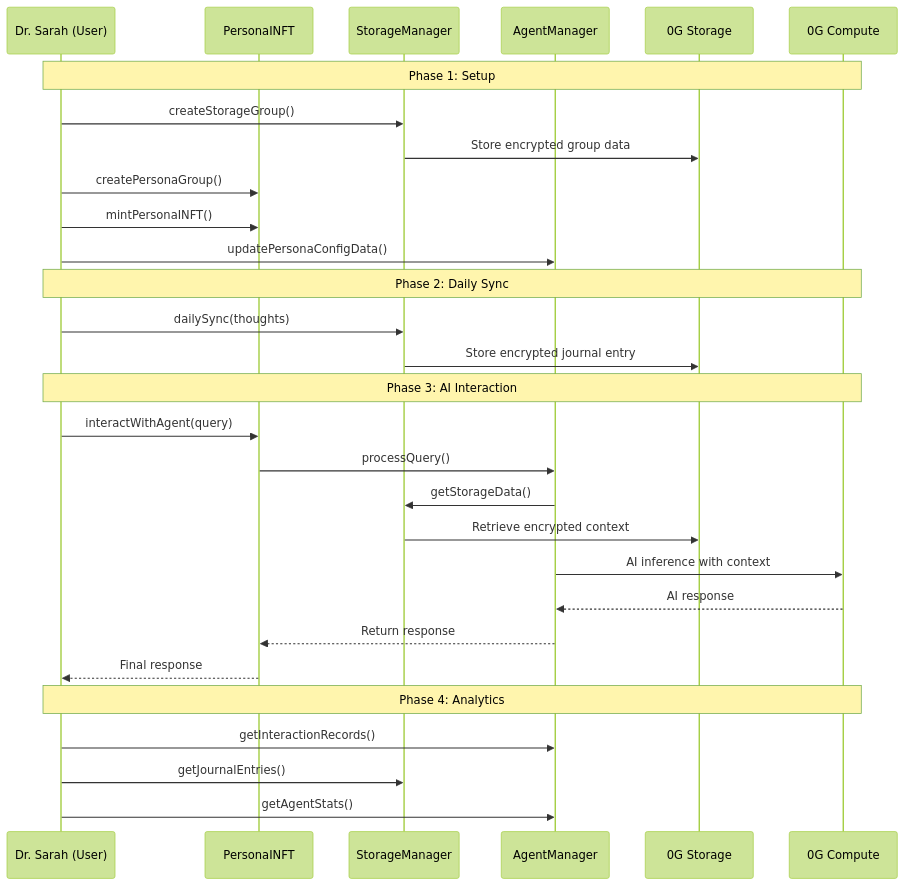
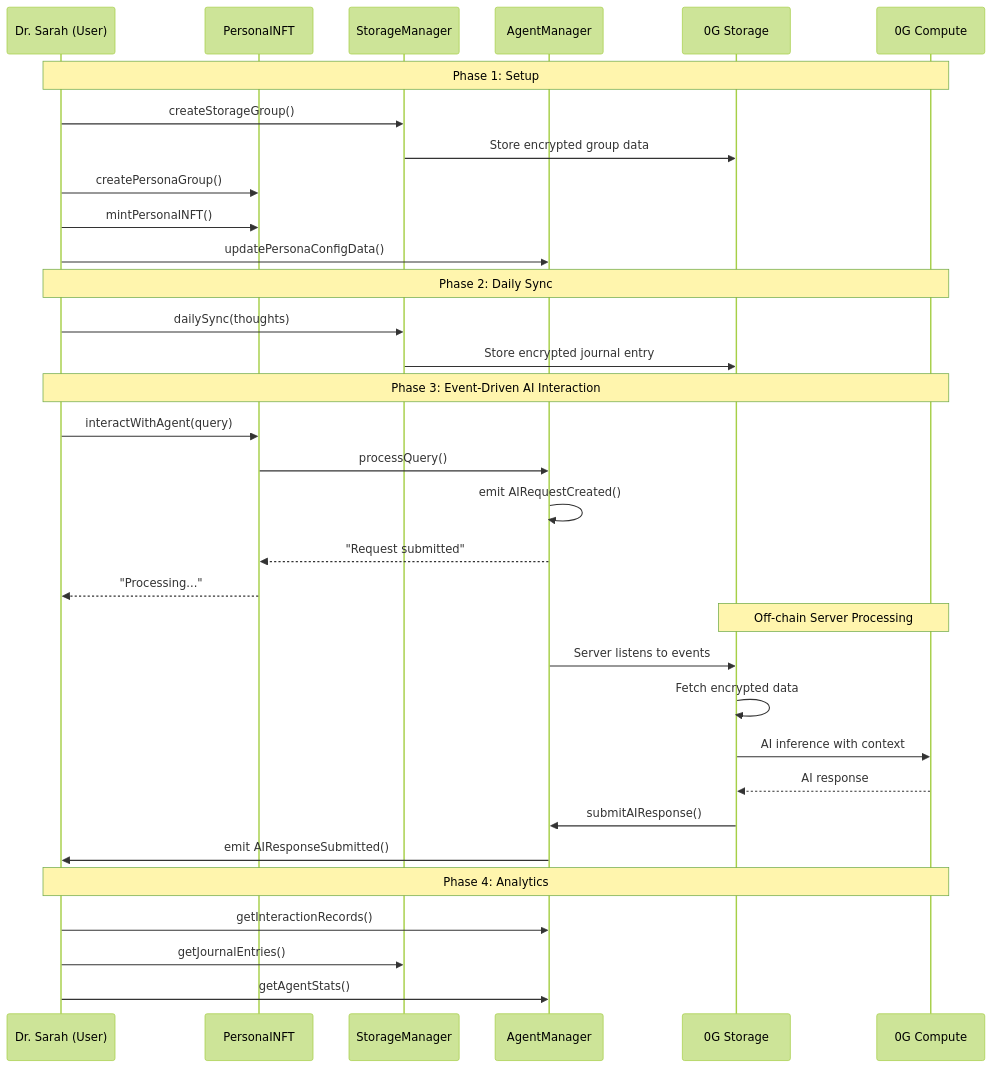
Before and after one commit to yug49/PersonaForge: the second of 2 diagrams in contracts/README.md, drawn with Mermaid (forest theme). The commit also changed other lines of this file and 4 other files, not shown here.

Commit message:
fixed agent management flow

````diff
--- a/contracts/README.md
+++ b/contracts/README.md
@@ -682,35 +722,40 @@
 ```mermaid
 sequenceDiagram
     participant U as Dr. Sarah (User)
     participant P as PersonaINFT
     participant S as StorageManager
     participant A as AgentManager
     participant OGS as 0G Storage
     participant OGC as 0G Compute
 
     Note over U,OGC: Phase 1: Setup
     U->>S: createStorageGroup()
     S->>OGS: Store encrypted group data
     U->>P: createPersonaGroup()
     U->>P: mintPersonaINFT()
     U->>A: updatePersonaConfigData()
 
     Note over U,OGC: Phase 2: Daily Sync
     U->>S: dailySync(thoughts)
     S->>OGS: Store encrypted journal entry
 
-    Note over U,OGC: Phase 3: AI Interaction
+    Note over U,OGC: Phase 3: Event-Driven AI Interaction
     U->>P: interactWithAgent(query)
     P->>A: processQuery()
-    A->>S: getStorageData()
-    S->>OGS: Retrieve encrypted context
-    A->>OGC: AI inference with context
-    OGC-->>A: AI response
-    A-->>P: Return response
-    P-->>U: Final response
+    A->>A: emit AIRequestCreated()
+    A-->>P: "Request submitted"
+    P-->>U: "Processing..."
+
+    Note over OGS,OGC: Off-chain Server Processing
+    A->>OGS: Server listens to events
+    OGS->>OGS: Fetch encrypted data
+    OGS->>OGC: AI inference with context
+    OGC-->>OGS: AI response
+    OGS->>A: submitAIResponse()
+    A->>U: emit AIResponseSubmitted()
 
     Note over U,OGC: Phase 4: Analytics
     U->>A: getInteractionRecords()
     U->>S: getJournalEntries()
     U->>A: getAgentStats()
 ```
````
